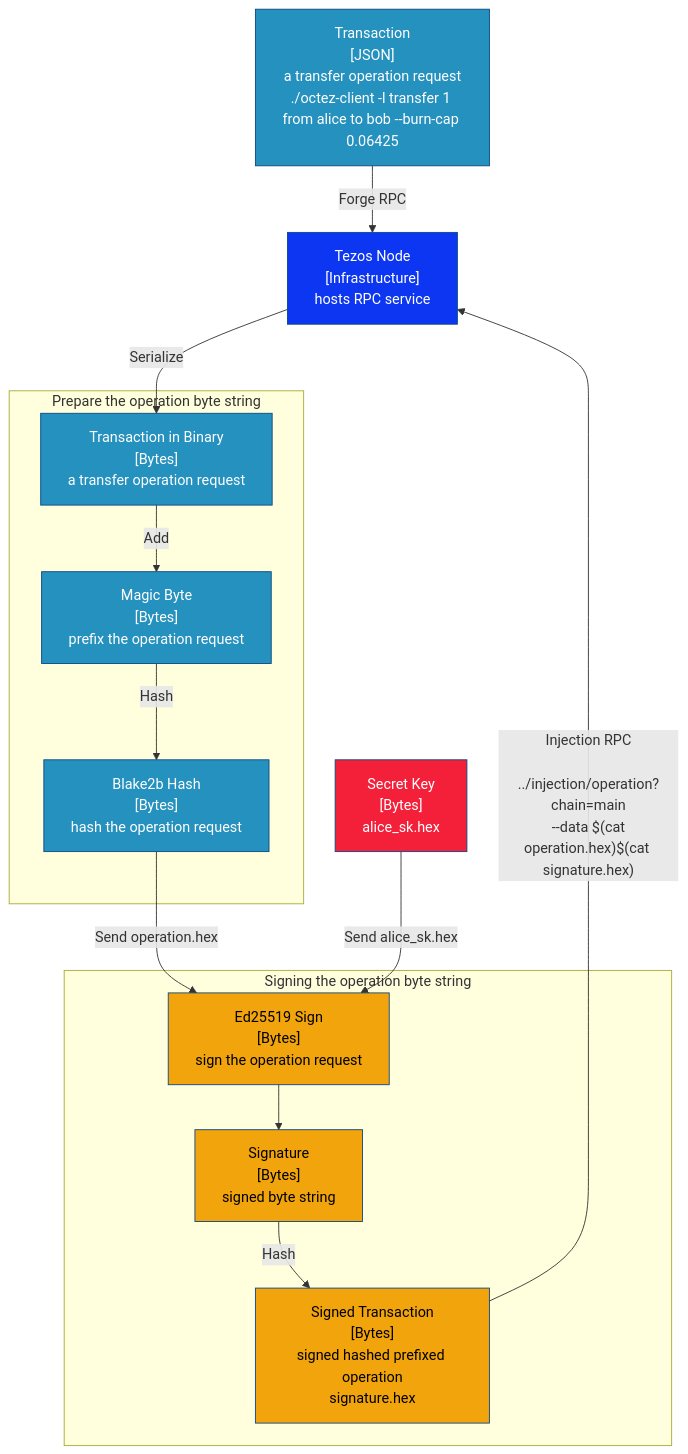
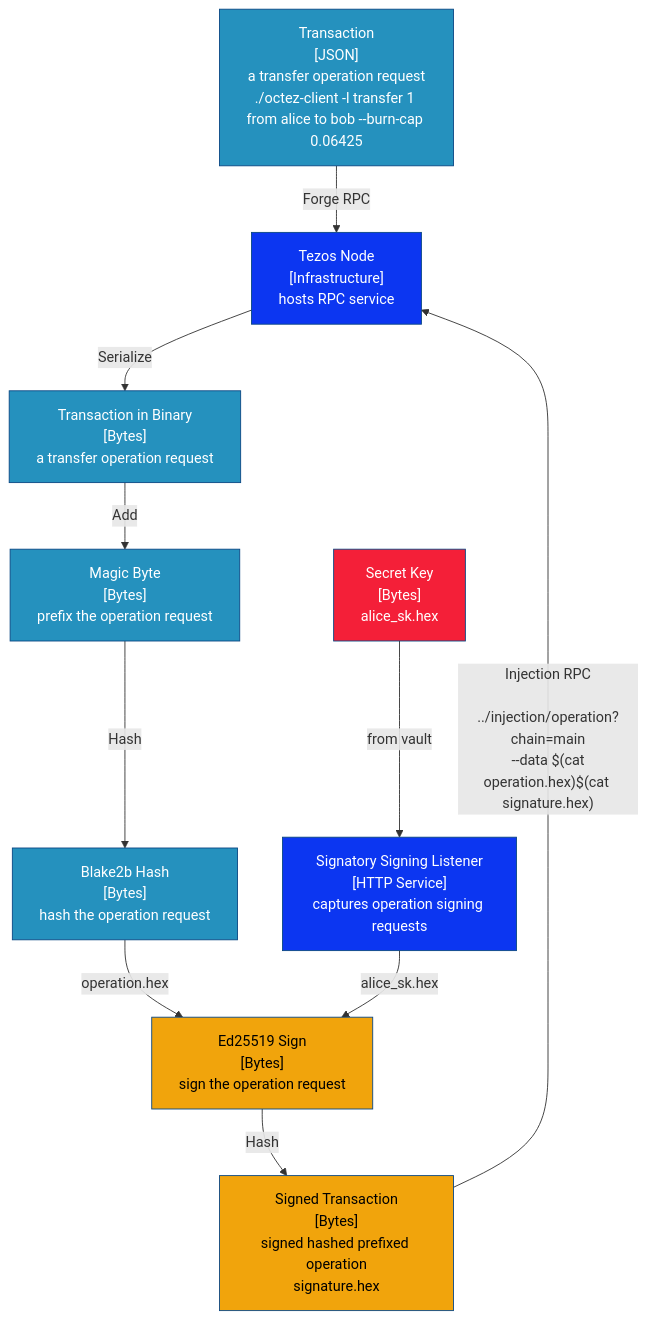
The fourth of 4 diagrams in docs/signatory-architecture.md (ecadlabs/signatory), drawn with Mermaid before and after one commit.

Commit message:
signing component model refinements

````diff
--- a/docs/signatory-architecture.md
+++ b/docs/signatory-architecture.md
@@ -207,71 +207,69 @@
 ```mermaid
 flowchart TB
 
 TJ["Transaction
 [JSON]
 a transfer operation request<br>./octez-client -l transfer 1 from alice to bob --burn-cap 0.06425"]
 
 TN["Tezos Node
 [Infrastructure]
 hosts RPC service"]
 
 TB["Transaction in Binary
 [Bytes]
 a transfer operation request"]
 
 W["Magic Byte 
 [Bytes]
 prefix the operation request"]
 
 B["Blake2b Hash
 [Bytes]
 hash the operation request"]
 
 ED["Ed25519 Sign
 [Bytes]
 sign the operation request"]
 
 SK["Secret Key
 [Bytes]
 alice_sk.hex"]
 
-SIG["Signature
-[Bytes]
-signed byte string"]
+SIGNATORY["Signatory Signing Listener
+[HTTP Service]
+captures operation signing requests"]
+
+
 
 ST["Signed Transaction
 [Bytes]
 signed hashed prefixed operation
 signature.hex"]
 
 TJ-- "Forge RPC" -->TN
-TN-- "Serialize
-" -->TB
+TN-- "Serialize" -->TB
 
 
-subgraph Prepare the operation byte string
 TB-- "Add" -->W
 W-- "Hash" -->B
-end
 
-B-- "Send operation.hex" -->ED
-SK-- "Send alice_sk.hex" -->ED
+B-- "operation.hex" -->ED
+SK-- "from vault" -->SIGNATORY
+SIGNATORY-- "alice_sk.hex" -->ED
 
-subgraph Signing the operation byte string
-ED  -->SIG
-SIG--"Hash " -->ST
-end
+
+ED--"Hash " -->ST
 
 ST-- "Injection RPC<br>
 ../injection/operation?chain=main<br> --data $(cat operation.hex)$(cat signature.hex)" -->TN
 
 classDef node fill:#0C36F1,stroke:#0b4884,color:#ffffff
 classDef key fill:#F41F38,stroke:#0b4884,color:#ffffff
 classDef transaction fill:#2591BE,stroke:#0b4884,color:#ffffff
 classDef signature fill:#F1A40C,stroke:#0b4884,color:#000000
 
 class TJ,TB,W,B transaction
 class TN node
 class SK key
 class ED,SIG,ST signature
 ```
````
